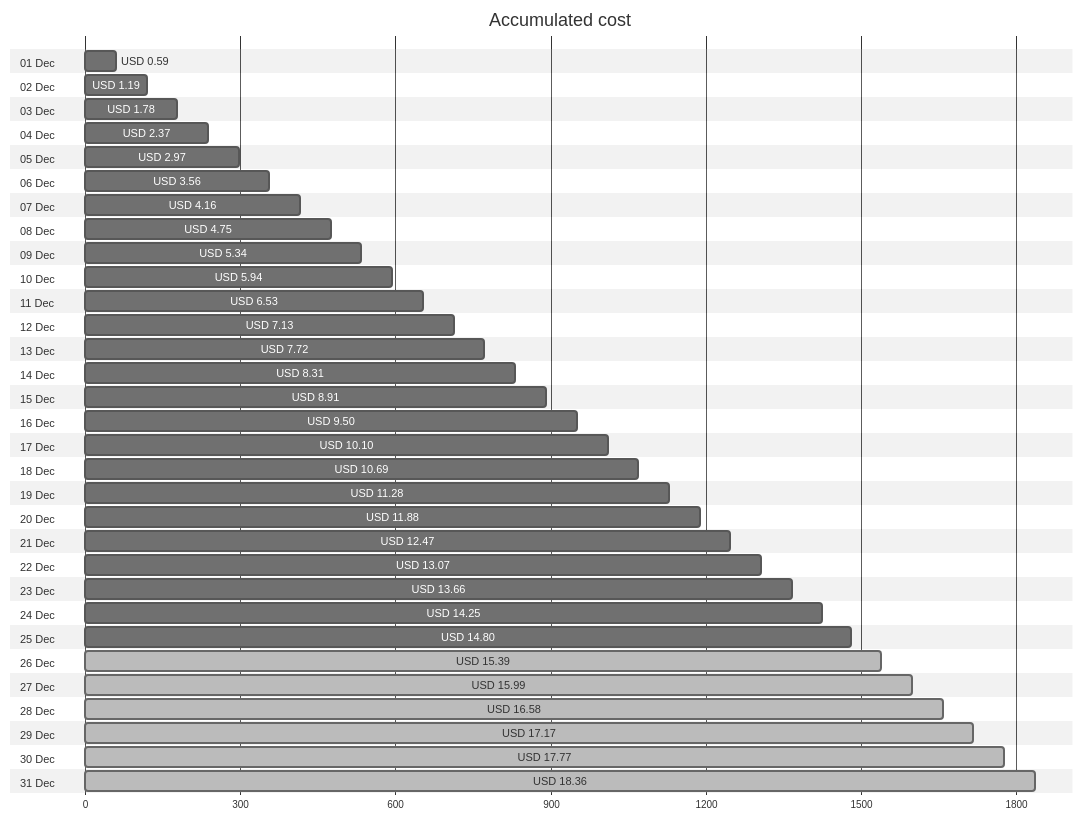
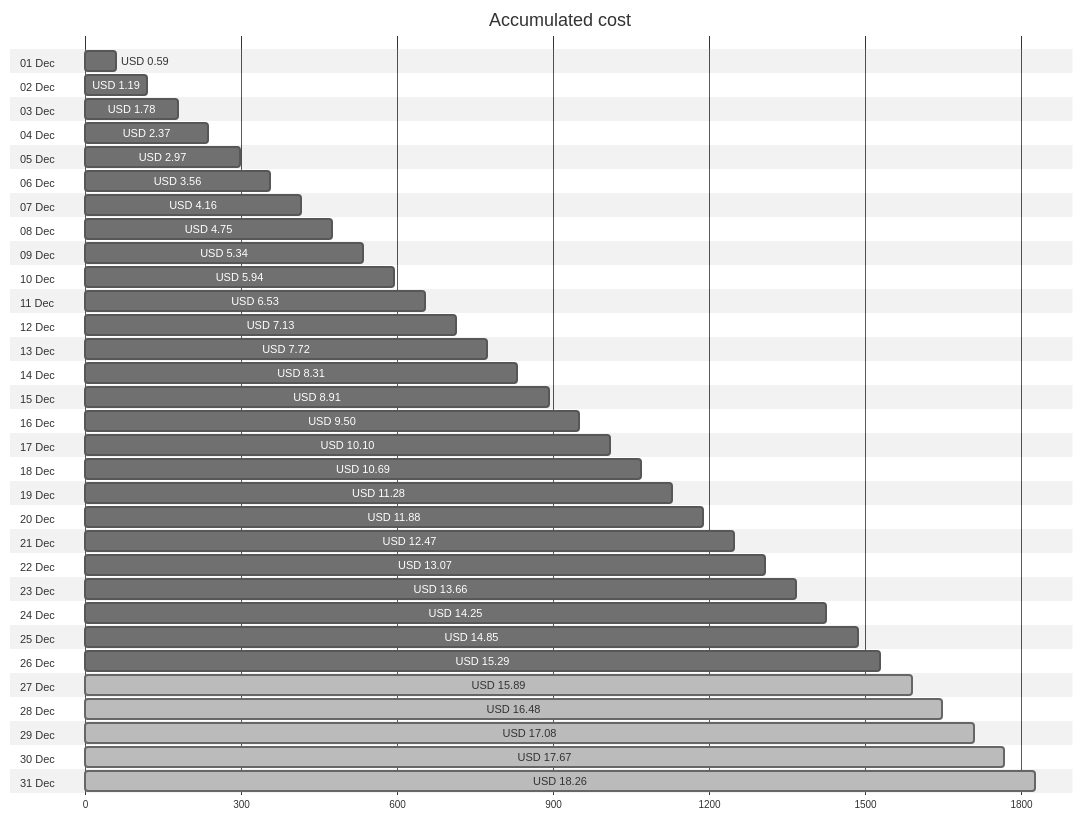
One commit to jpfulton/azure-personal-reports changed the first of 4 diagrams in cost-reports/personal-site/README.md. Above: the diagram before and after it, drawn with Mermaid (neutral theme). The commit also changed other lines of this file and 6 other files, not shown here.

````diff
--- a/cost-reports/personal-site/README.md
+++ b/cost-reports/personal-site/README.md
@@ -20,68 +20,68 @@
 ```mermaid
 gantt
    title Accumulated cost
    dateFormat  X
    axisFormat %s
    section 01 Dec
    USD 0.59 :0, 59
    section 02 Dec
    USD 1.19 :0, 119
    section 03 Dec
    USD 1.78 :0, 178
    section 04 Dec
    USD 2.37 :0, 237
    section 05 Dec
    USD 2.97 :0, 297
    section 06 Dec
    USD 3.56 :0, 356
    section 07 Dec
    USD 4.16 :0, 416
    section 08 Dec
    USD 4.75 :0, 475
    section 09 Dec
    USD 5.34 :0, 534
    section 10 Dec
    USD 5.94 :0, 594
    section 11 Dec
    USD 6.53 :0, 653
    section 12 Dec
    USD 7.13 :0, 713
    section 13 Dec
    USD 7.72 :0, 772
    section 14 Dec
    USD 8.31 :0, 831
    section 15 Dec
    USD 8.91 :0, 891
    section 16 Dec
    USD 9.50 :0, 950
    section 17 Dec
    USD 10.10 :0, 1010
    section 18 Dec
    USD 10.69 :0, 1069
    section 19 Dec
    USD 11.28 :0, 1128
    section 20 Dec
    USD 11.88 :0, 1188
    section 21 Dec
    USD 12.47 :0, 1247
    section 22 Dec
    USD 13.07 :0, 1307
    section 23 Dec
    USD 13.66 :0, 1366
    section 24 Dec
    USD 14.25 :0, 1425
    section 25 Dec
-   USD 14.80 :0, 1480
+   USD 14.85 :0, 1485
    section 26 Dec
-   USD 15.39 : done, 0, 1539
+   USD 15.29 :0, 1529
    section 27 Dec
-   USD 15.99 : done, 0, 1599
+   USD 15.89 : done, 0, 1589
    section 28 Dec
-   USD 16.58 : done, 0, 1658
+   USD 16.48 : done, 0, 1648
    section 29 Dec
-   USD 17.17 : done, 0, 1717
+   USD 17.08 : done, 0, 1708
    section 30 Dec
-   USD 17.77 : done, 0, 1777
+   USD 17.67 : done, 0, 1767
    section 31 Dec
-   USD 18.36 : done, 0, 1836
+   USD 18.26 : done, 0, 1826
 ```
````
